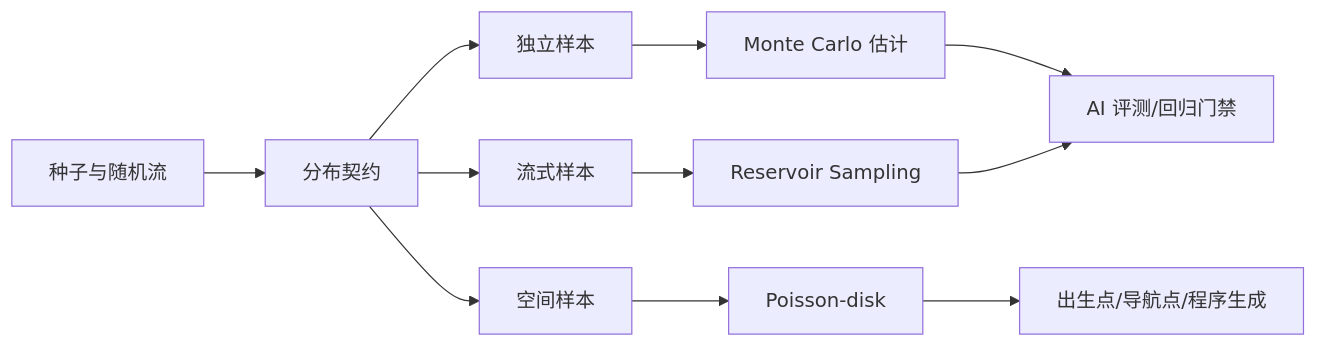
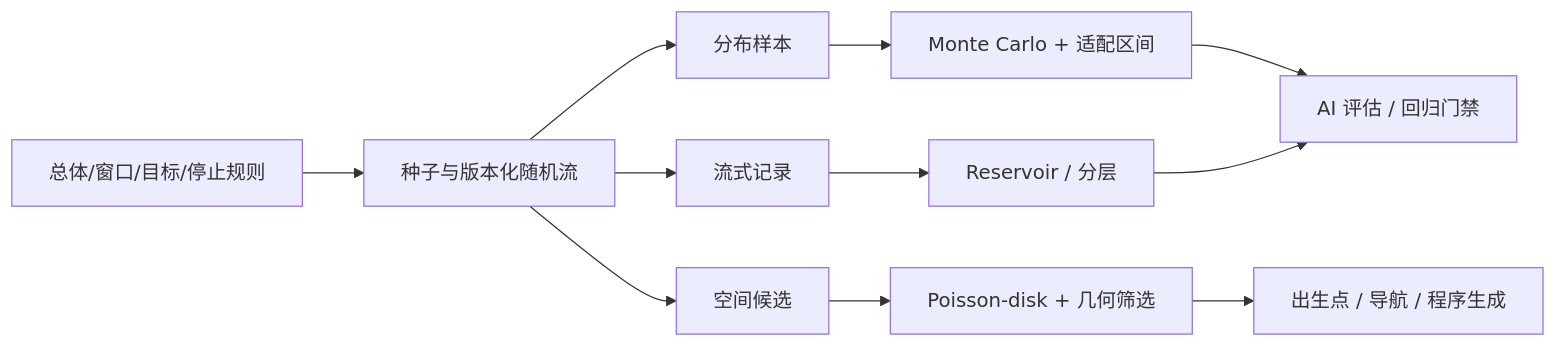
The first of 4 diagrams in 知识/02-数学与游戏算法/随机采样与程序化生成/07-概率分布与采样工程.md (fantuan812/learning), drawn with Mermaid before and after one commit. The commit also changed other lines of this file and 1 other file, not shown here.

````diff
--- a/知识/02-数学与游戏算法/随机采样与程序化生成/07-概率分布与采样工程.md
+++ b/知识/02-数学与游戏算法/随机采样与程序化生成/07-概率分布与采样工程.md
@@ -29,13 +29,13 @@
 ```mermaid
 flowchart LR
-    A["种子与随机流"] --> B["分布契约"]
-    B --> C["独立样本"]
-    B --> D["流式样本"]
-    B --> E["空间样本"]
-    C --> F["Monte Carlo 估计"]
-    D --> G["Reservoir Sampling"]
-    E --> H["Poisson-disk"]
-    F --> I["AI 评测/回归门禁"]
+    A["总体/窗口/目标/停止规则"] --> B["种子与版本化随机流"]
+    B --> C["分布样本"]
+    B --> D["流式记录"]
+    B --> E["空间候选"]
+    C --> F["Monte Carlo + 适配区间"]
+    D --> G["Reservoir / 分层"]
+    E --> H["Poisson-disk + 几何筛选"]
+    F --> I["AI 评估 / 回归门禁"]
     G --> I
-    H --> J["出生点/导航点/程序生成"]
+    H --> J["出生点 / 导航 / 程序生成"]
 ```
````
